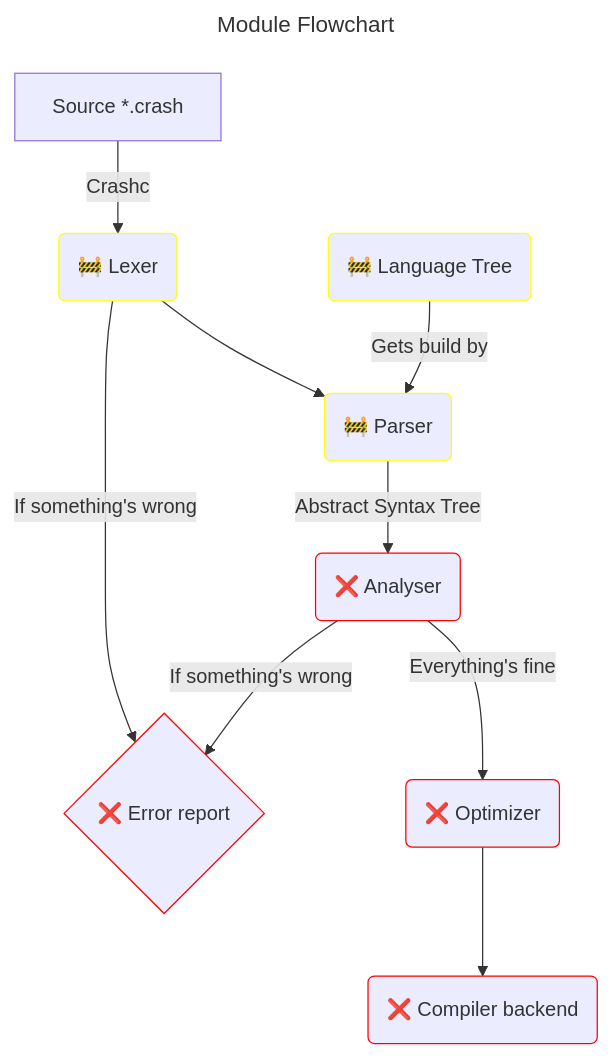
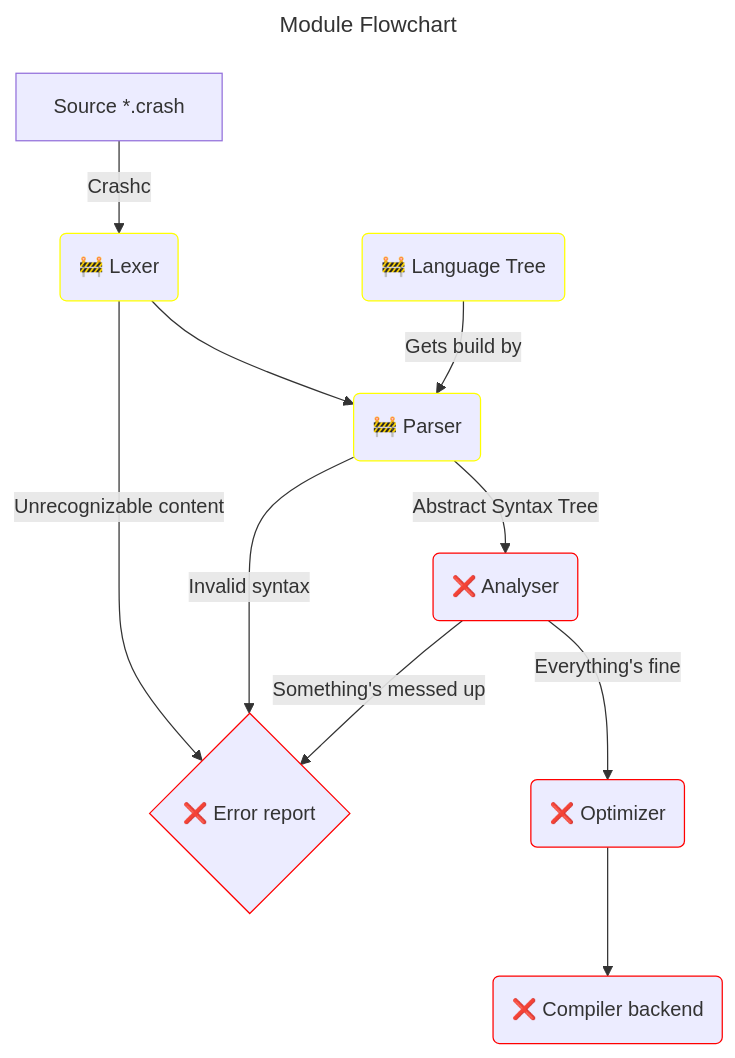
Before and after one commit to crash-lang/crash: the diagram in compiler/README.md, drawn with Mermaid.

Commit message:
Edited compiler README

````diff
--- a/compiler/README.md
+++ b/compiler/README.md
@@ -31,33 +31,34 @@
 ```mermaid
 ---
 title: Module Flowchart
 ---
 flowchart TD;
     classDef green stroke:#0f0
     classDef red stroke:#f00
     classDef yellow stroke:#ffff00
 
     CODE["Source *.crash"] --> |"Crashc"| LEXER
 
     LEXER("🚧 Lexer") --> PARSER
-    LEXER:::yellow --> |"If something's wrong"| E_REPORT
+    LEXER:::yellow --> |"Unrecognizable content"| E_REPORT
 
     TREE("🚧 Language Tree") --> |"Gets build by"| PARSER
     TREE:::yellow
 
     PARSER("🚧 Parser") --> |"Abstract Syntax Tree"| ANALYSER
     PARSER:::yellow
+    PARSER --> |"Invalid syntax"| E_REPORT
 
     ANALYSER:::red
-    ANALYSER("❌ Analyser") --> |"If something's wrong"| E_REPORT
+    ANALYSER("❌ Analyser") --> |"Something's messed up"| E_REPORT
     ANALYSER --> |"Everything's fine"| OPTIMIZER
 
     E_REPORT:::red
     E_REPORT{"❌ Error report"}
 
     OPTIMIZER:::red
     OPTIMIZER("❌ Optimizer") --> BACKEND
 
     BACKEND:::red
     BACKEND("❌ Compiler backend")
 ```
````
